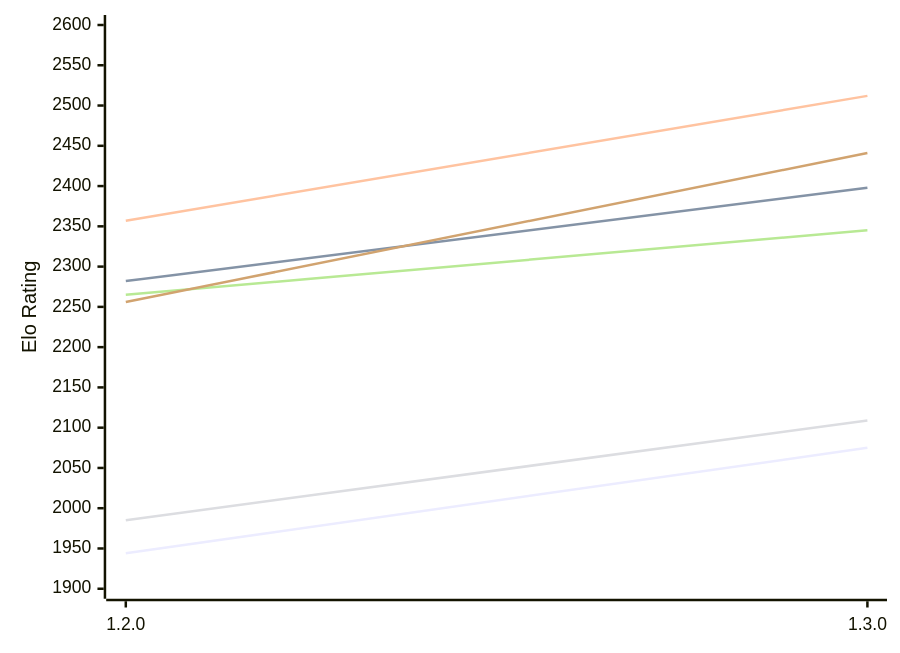
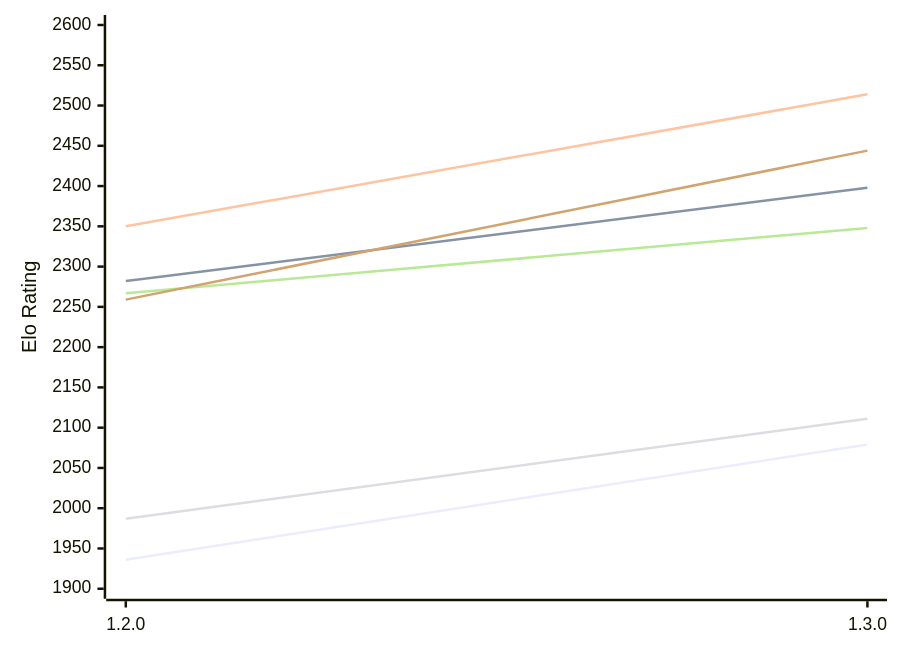
The first of 2 diagrams in engines/Anodos.md (computer-chess-index/cci), drawn with Mermaid before and after one commit. The commit also changed other lines of this file, not shown here.

Commit message:
Update CCI Ratings (ELO VLTC) - 2026-11-24

````diff
--- a/engines/Anodos.md
+++ b/engines/Anodos.md
@@ -52,12 +52,12 @@
 ```mermaid
 %%{init: {"theme":"base","themeVariables":{"seriesColors:['#a3a3a3','#222221','#faa371']}}}%%
 xychart-beta
   x-axis ["1.2.0", "1.3.0"]
   y-axis "Elo Rating" 1900 --> 2600
-  line "E1: STC (8.0+0.08s)" [1944, 2075]
+  line "E1: STC (8.0+0.08s)" [1936, 2079]
   line "E1: LTC (60.0+0.60s)" [2282, 2398]
-  line "E1: VLTC (2m24s+1.12s)" [2357, 2512]
-  line "P1: STC (8.0+0.08s)" [1985, 2109]
-  line "P1: LTC (60.0+0.60s)" [2265, 2345]
-  line "P1: VLTC (2m24s+1.12s)" [2256, 2441]
+  line "E1: VLTC (2m24s+1.12s)" [2350, 2514]
+  line "P1: STC (8.0+0.08s)" [1987, 2111]
+  line "P1: LTC (60.0+0.60s)" [2267, 2348]
+  line "P1: VLTC (2m24s+1.12s)" [2259, 2444]
 ```
````
